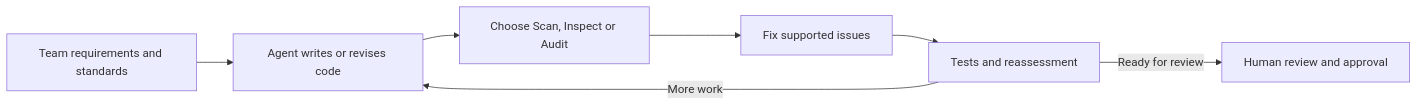
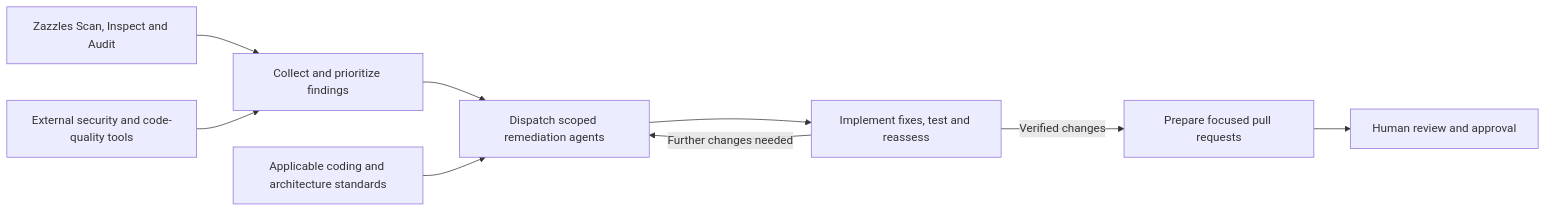
Before and after one commit to zazzcode/zazzles: the second of 2 diagrams in README.md, drawn with Mermaid. The commit also changed other lines of this file and 2 other files, not shown here.

Commit message:
[DOC] Explain assessment framework and agent remediation vision

````diff
--- a/README.md
+++ b/README.md
@@ -330,9 +328,11 @@
 ```mermaid
 flowchart LR
-    A[Team requirements and standards] --> B[Agent writes or revises code]
-    B --> C[Choose Scan, Inspect or Audit]
-    C --> D[Fix supported issues]
-    D --> E[Tests and reassessment]
-    E -->|More work| B
-    E -->|Ready for review| F[Human review and approval]
+    Z[Zazzles Scan, Inspect and Audit] --> F[Collect and prioritize findings]
+    X[External security and code-quality tools] --> F
+    F --> A[Dispatch scoped remediation agents]
+    S[Applicable coding and architecture standards] --> A
+    A --> V[Implement fixes, test and reassess]
+    V -->|Further changes needed| A
+    V -->|Verified changes| P[Prepare focused pull requests]
+    P --> R[Human review and approval]
 ```
````
